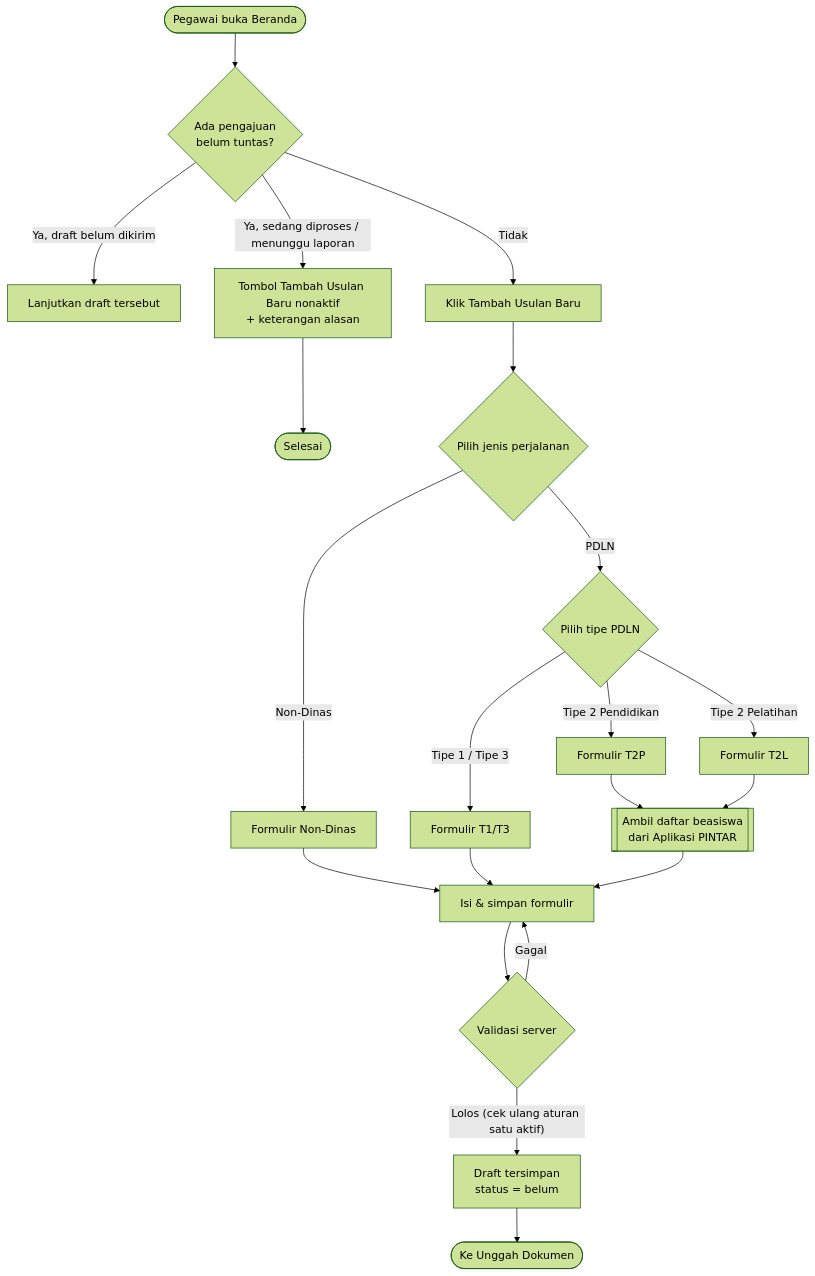
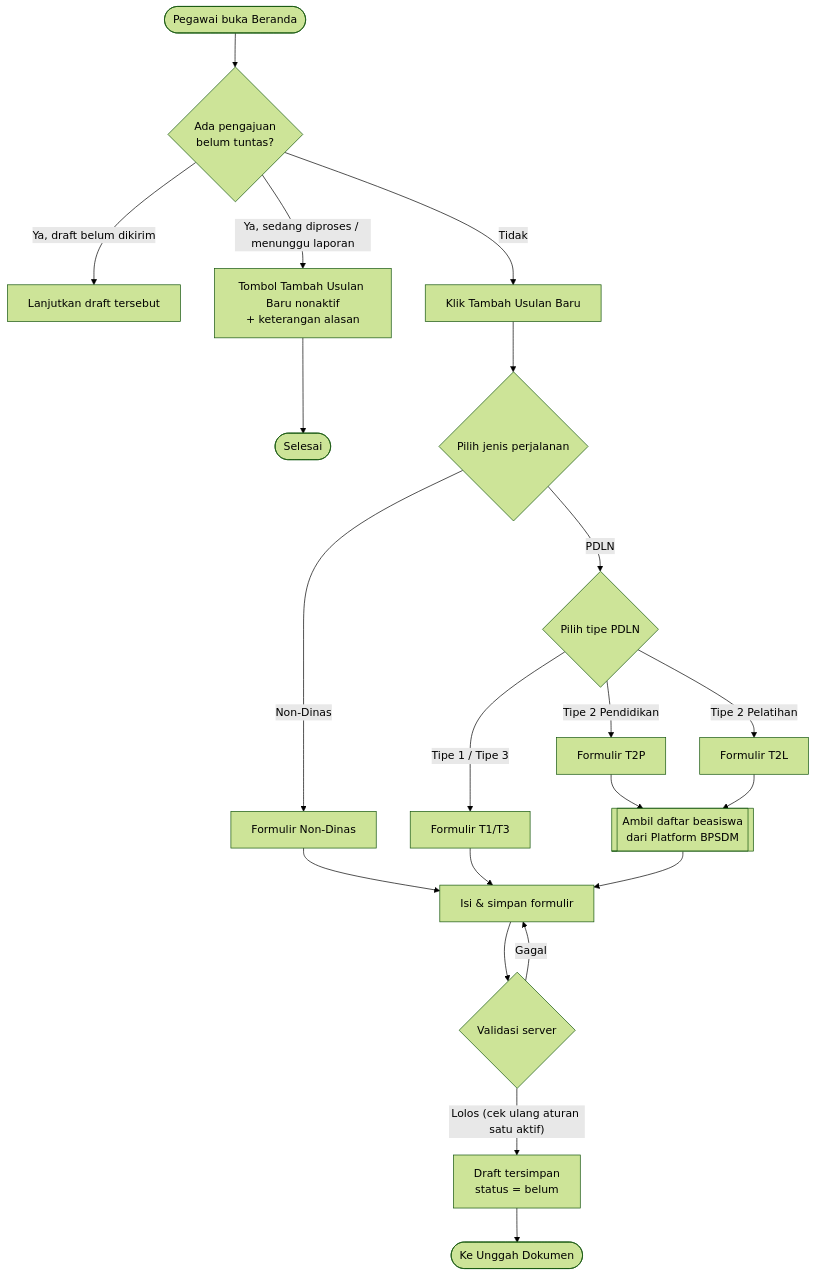
The first of 7 diagrams in wiki/perancangan/02_FLOWCHART.md (413x1/paspor_django), drawn with Mermaid (forest theme) before and after one commit. The commit also changed 17 other files, not shown here.

Commit message:
refactor: ganti label Aplikasi PINTAR menjadi Platform BPSDM

````diff
--- a/wiki/perancangan/02_FLOWCHART.md
+++ b/wiki/perancangan/02_FLOWCHART.md
@@ -10,20 +10,20 @@
 ```mermaid
 flowchart TD
     A([Pegawai buka Beranda]) --> B{"Ada pengajuan<br/>belum tuntas?"}
     B -- "Ya, draft belum dikirim" --> C["Lanjutkan draft tersebut"]
     B -- "Ya, sedang diproses / menunggu laporan" --> D["Tombol Tambah Usulan Baru nonaktif<br/>+ keterangan alasan"]
     D --> Z1([Selesai])
     B -- Tidak --> E["Klik Tambah Usulan Baru"]
     E --> F{"Pilih jenis perjalanan"}
     F -- Non-Dinas --> G["Formulir Non-Dinas"]
     F -- PDLN --> H{"Pilih tipe PDLN"}
     H -- "Tipe 1 / Tipe 3" --> I["Formulir T1/T3"]
     H -- "Tipe 2 Pendidikan" --> J["Formulir T2P"]
     H -- "Tipe 2 Pelatihan" --> K["Formulir T2L"]
-    J & K --> L[["Ambil daftar beasiswa<br/>dari Aplikasi PINTAR"]]
+    J & K --> L[["Ambil daftar beasiswa<br/>dari Platform BPSDM"]]
     G & I & L --> M["Isi & simpan formulir"]
     M --> N{"Validasi server"}
     N -- Gagal --> M
     N -- "Lolos (cek ulang aturan satu aktif)" --> O["Draft tersimpan<br/>status = belum"]
     O --> P([Ke Unggah Dokumen])
 ```
````
